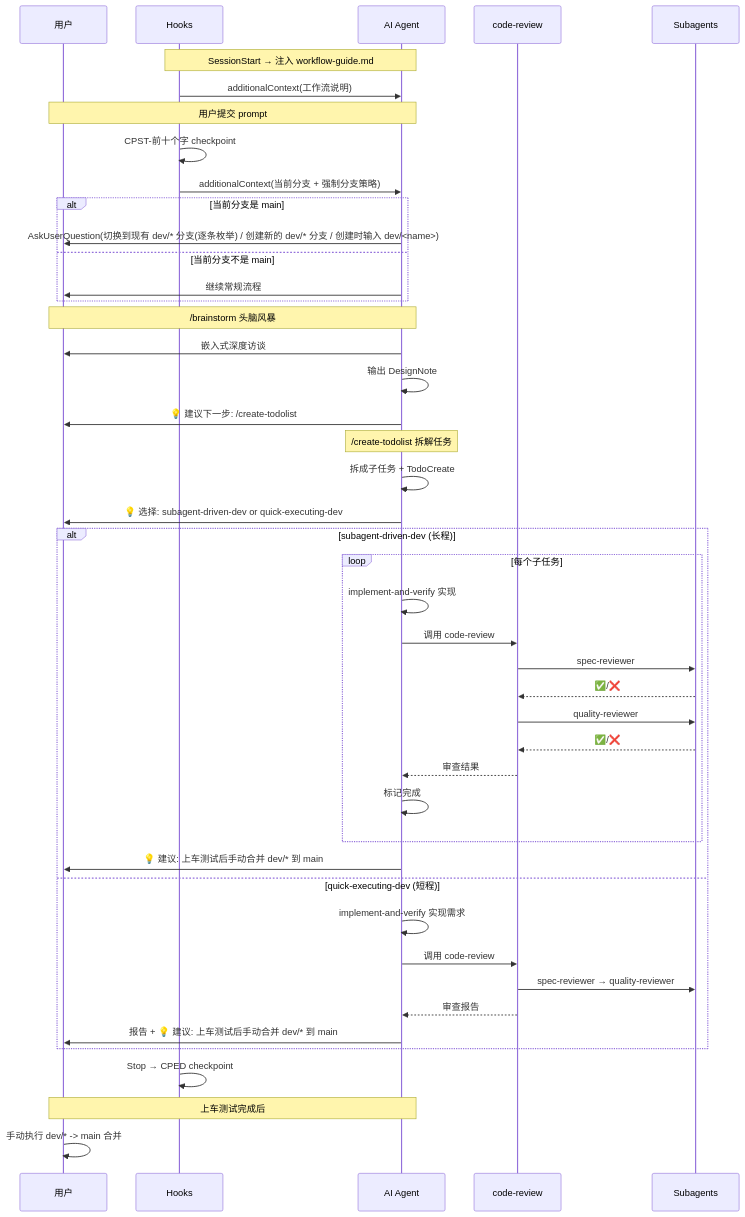
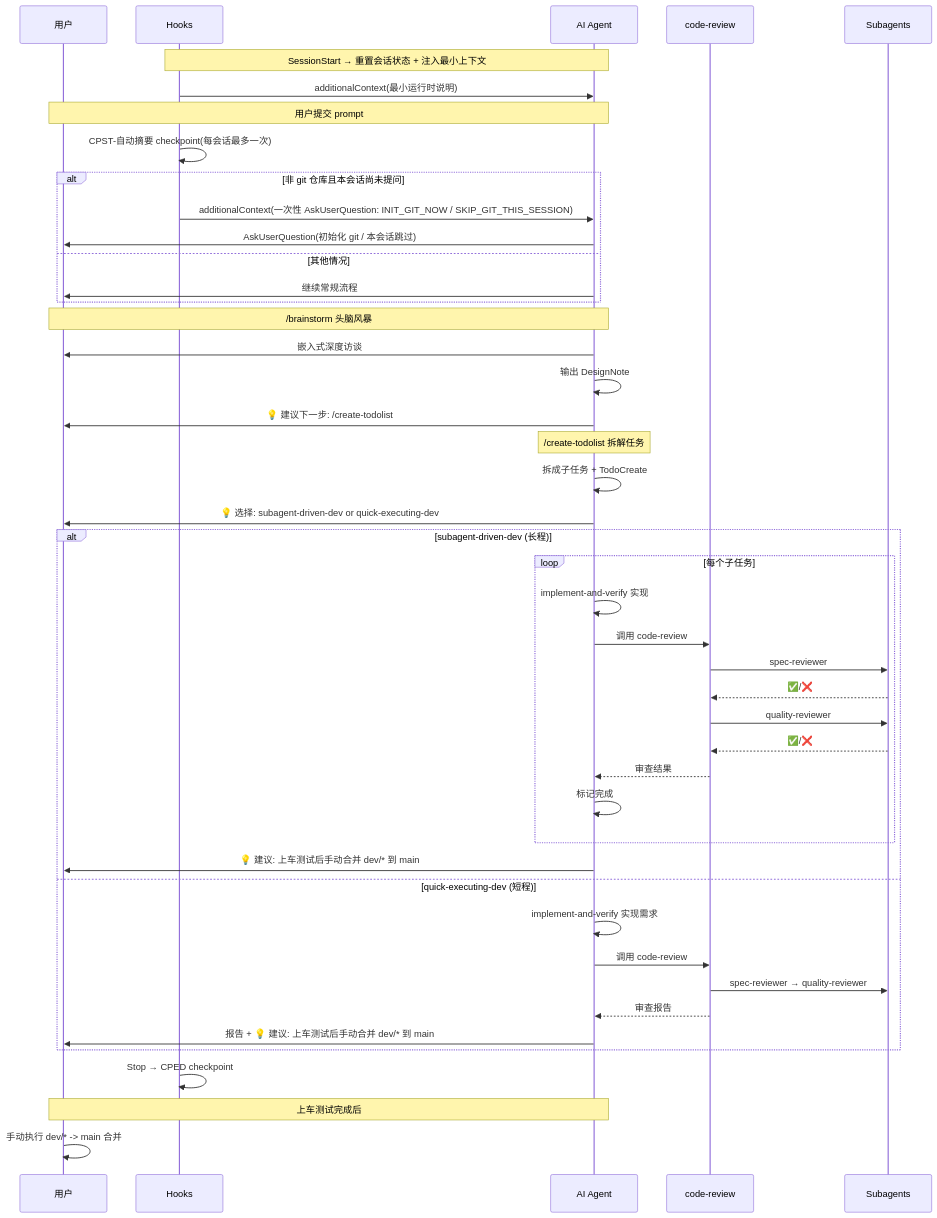
One commit to IHiter-2026-Wheeled-Bipedal-Soldier/Wheeled_Bipedal_Shared_CC_Config changed the second of 2 diagrams in Resources/AI 开发工作流系统设计框架.md. Above: the diagram before and after it, drawn with Mermaid. The commit also changed other lines of this file and 5 other files, not shown here.

````diff
--- a/Resources/AI 开发工作流系统设计框架.md
+++ b/Resources/AI 开发工作流系统设计框架.md
@@ -489,55 +489,55 @@
 ```mermaid
 sequenceDiagram
     participant U as 用户
     participant H as Hooks
     participant AI as AI Agent
     participant CR as code-review
     participant SA as Subagents
 
-    Note over H,AI: SessionStart → 注入 workflow-guide.md
-    H->>AI: additionalContext(工作流说明)
+    Note over H,AI: SessionStart → 重置会话状态 + 注入最小上下文
+    H->>AI: additionalContext(最小运行时说明)
 
     Note over U,AI: 用户提交 prompt
-    H->>H: CPST-前十个字 checkpoint
-    H->>AI: additionalContext(当前分支 + 强制分支策略)
+    H->>H: CPST-自动摘要 checkpoint(每会话最多一次)
 
-    alt 当前分支是 main
-      AI->>U: AskUserQuestion(切换到现有 dev/* 分支(逐条枚举) / 创建新的 dev/* 分支 / 创建时输入 dev/<name>)
-    else 当前分支不是 main
+    alt 非 git 仓库且本会话尚未提问
+      H->>AI: additionalContext(一次性 AskUserQuestion: INIT_GIT_NOW / SKIP_GIT_THIS_SESSION)
+      AI->>U: AskUserQuestion(初始化 git / 本会话跳过)
+    else 其他情况
       AI->>U: 继续常规流程
     end
 
     Note over U,AI: /brainstorm 头脑风暴
     AI->>U: 嵌入式深度访谈
     AI->>AI: 输出 DesignNote
     AI->>U: 💡 建议下一步: /create-todolist
 
     Note over AI: /create-todolist 拆解任务
     AI->>AI: 拆成子任务 + TodoCreate
     AI->>U: 💡 选择: subagent-driven-dev or quick-executing-dev
 
     alt subagent-driven-dev (长程)
         loop 每个子任务
             AI->>AI: implement-and-verify 实现
             AI->>CR: 调用 code-review
             CR->>SA: spec-reviewer
             SA-->>CR: ✅/❌
             CR->>SA: quality-reviewer
             SA-->>CR: ✅/❌
             CR-->>AI: 审查结果
             AI->>AI: 标记完成
         end
         AI->>U: 💡 建议: 上车测试后手动合并 dev/* 到 main
     else quick-executing-dev (短程)
         AI->>AI: implement-and-verify 实现需求
         AI->>CR: 调用 code-review
         CR->>SA: spec-reviewer → quality-reviewer
         CR-->>AI: 审查报告
         AI->>U: 报告 + 💡 建议: 上车测试后手动合并 dev/* 到 main
     end
 
     H->>H: Stop → CPED checkpoint
 
     Note over U,AI: 上车测试完成后
     U->>U: 手动执行 dev/* -> main 合并
 ```
````
